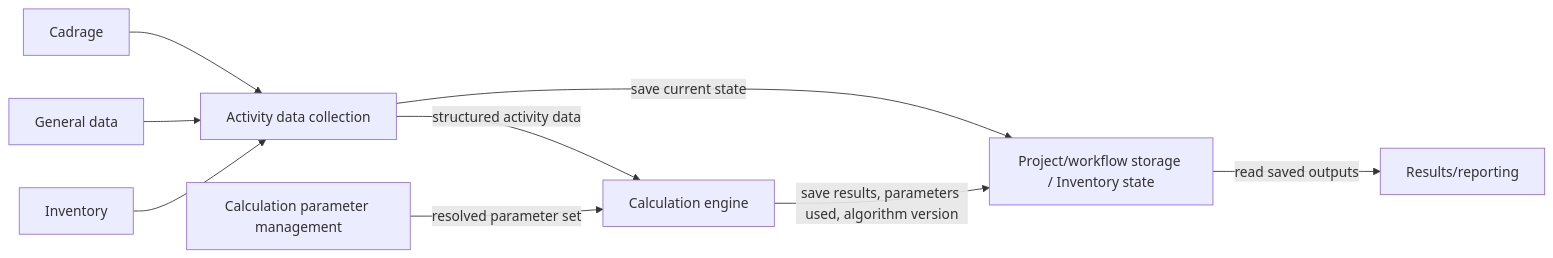
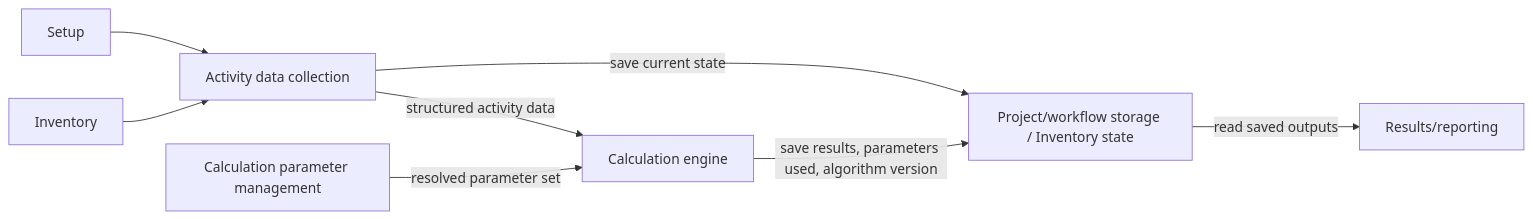
One commit to carbon-cut/carbon-cut-landing changed the diagram in docs/collectivity/architecture/modules.diagram.md. Above: the diagram before and after it, drawn with Mermaid. The commit also changed 5 other files, not shown here.

Commit message:
[Architecture]: project / workflow

````diff
--- a/docs/collectivity/architecture/modules.diagram.md
+++ b/docs/collectivity/architecture/modules.diagram.md
@@ -3,23 +3,21 @@
 ```mermaid
 flowchart LR
-    C["Cadrage"]
-    G["General data"]
+    C["Setup"]
     I["Inventory"]
 
     ADC["Activity data collection"]
     FM["Calculation parameter management"]
     PWS["Project/workflow storage / Inventory state"]
     CE["Calculation engine"]
     RR["Results/reporting"]
 
     C --> ADC
-    G --> ADC
     I --> ADC
 
     ADC -->|structured activity data| CE
     FM -->|resolved parameter set| CE
 
     ADC -->|save current state| PWS
     CE -->|save results, parameters used, algorithm version| PWS
     PWS -->|read saved outputs| RR
 ```
````
